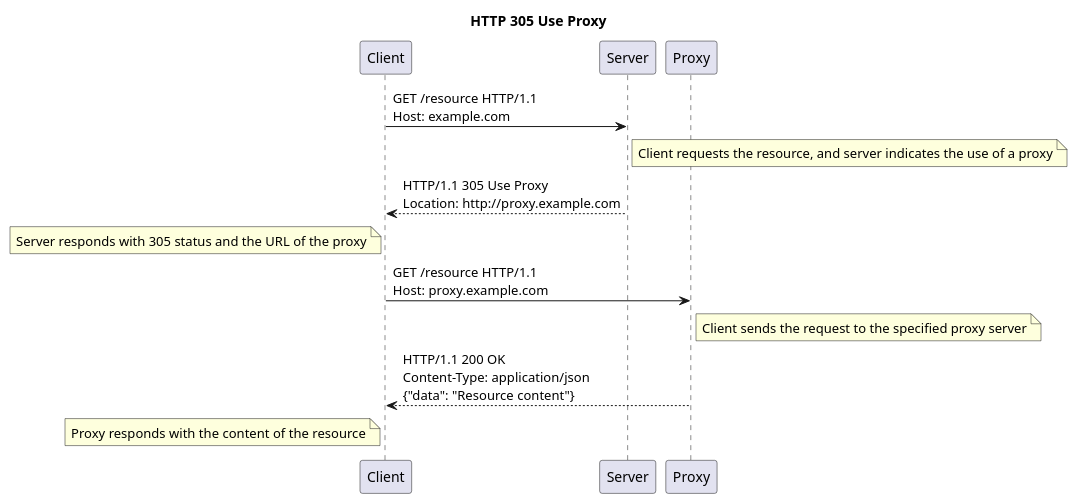
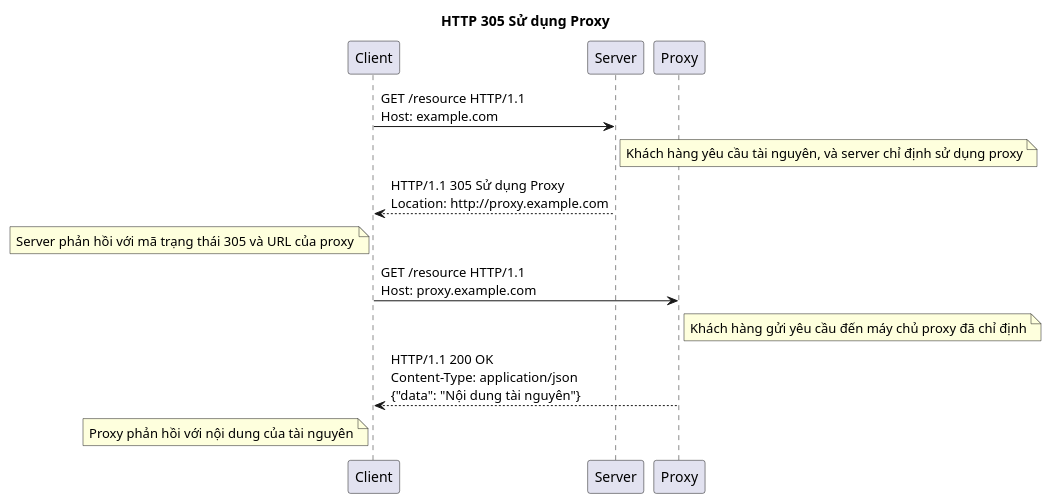
Before and after one commit to thanhlv-com/thanhlv-blog: diagram 16 of 26 in packages/apps/src/blog/2024-12-05-y-nghia-cua-cac-http-status-code.md, drawn with PlantUML. The commit also changed other lines of this file and 3 other files, not shown here.

````diff
--- a/packages/apps/src/blog/2024-12-05-y-nghia-cua-cac-http-status-code.md
+++ b/packages/apps/src/blog/2024-12-05-y-nghia-cua-cac-http-status-code.md
@@ -558,23 +555,23 @@
 ```plantuml
 @startuml
 
-title HTTP 305 Use Proxy
+title HTTP 305 Sử dụng Proxy
 
 participant "Client" as C
 participant "Server" as S
 participant "Proxy" as P
 
 C -> S: GET /resource HTTP/1.1\nHost: example.com
-note right of S: Client requests the resource, and server indicates the use of a proxy
+note right of S: Khách hàng yêu cầu tài nguyên, và server chỉ định sử dụng proxy
 
-S --> C: HTTP/1.1 305 Use Proxy\nLocation: http://proxy.example.com
-note left of C: Server responds with 305 status and the URL of the proxy
+S --> C: HTTP/1.1 305 Sử dụng Proxy\nLocation: http://proxy.example.com
+note left of C: Server phản hồi với mã trạng thái 305 và URL của proxy
 
 C -> P: GET /resource HTTP/1.1\nHost: proxy.example.com
-note right of P: Client sends the request to the specified proxy server
+note right of P: Khách hàng gửi yêu cầu đến máy chủ proxy đã chỉ định
 
-P --> C: HTTP/1.1 200 OK\nContent-Type: application/json\n{"data": "Resource content"}
-note left of C: Proxy responds with the content of the resource
+P --> C: HTTP/1.1 200 OK\nContent-Type: application/json\n{"data": "Nội dung tài nguyên"}
+note left of C: Proxy phản hồi với nội dung của tài nguyên
 
 @enduml
 ```
````
